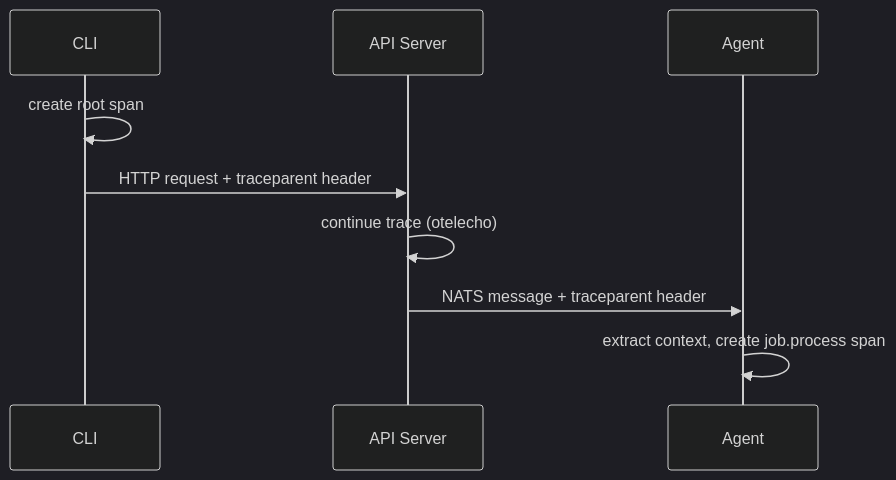
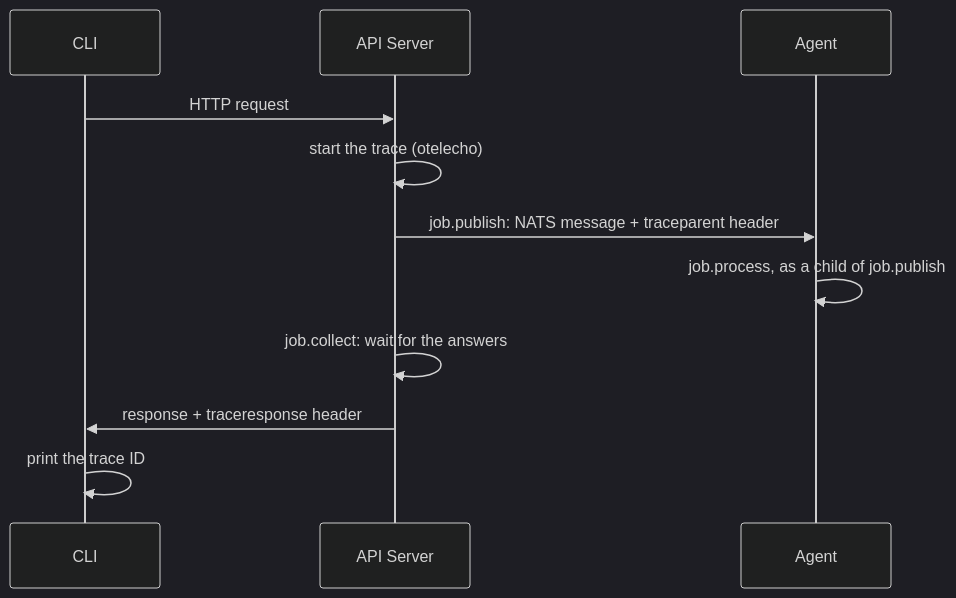
The diagram in docs/docs/sidebar/features/distributed-tracing.md (osapi-io/osapi), drawn with Mermaid (dark theme) before and after one commit. The commit also changed other lines of this file and 178 other files, not shown here.

````diff
--- a/docs/docs/sidebar/features/distributed-tracing.md
+++ b/docs/docs/sidebar/features/distributed-tracing.md
@@ -14,12 +14,14 @@
 ```mermaid
 sequenceDiagram
     participant CLI
     participant API as API Server
     participant Agent
 
-    CLI->>CLI: create root span
-    CLI->>API: HTTP request + traceparent header
-    API->>API: continue trace (otelecho)
-    API->>Agent: NATS message + traceparent header
-    Agent->>Agent: extract context, create job.process span
+    CLI->>API: HTTP request
+    API->>API: start the trace (otelecho)
+    API->>Agent: job.publish: NATS message + traceparent header
+    Agent->>Agent: job.process, as a child of job.publish
+    API->>API: job.collect: wait for the answers
+    API->>CLI: response + traceresponse header
+    CLI->>CLI: print the trace ID
 ```
````
